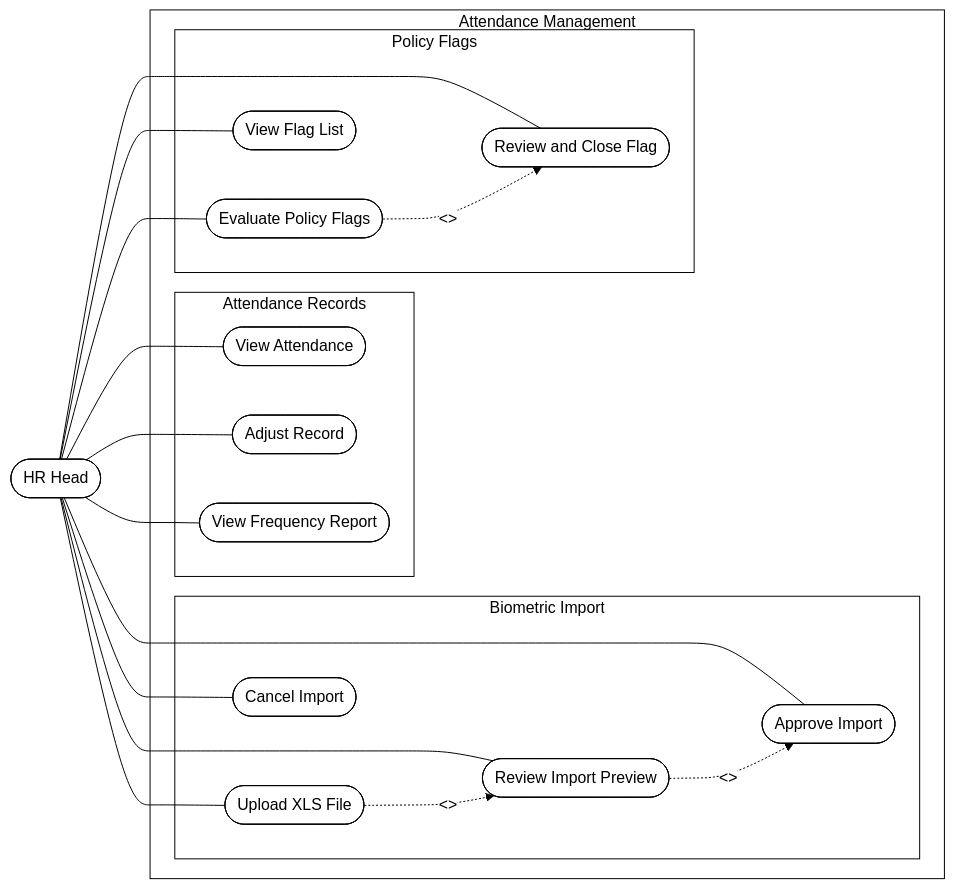
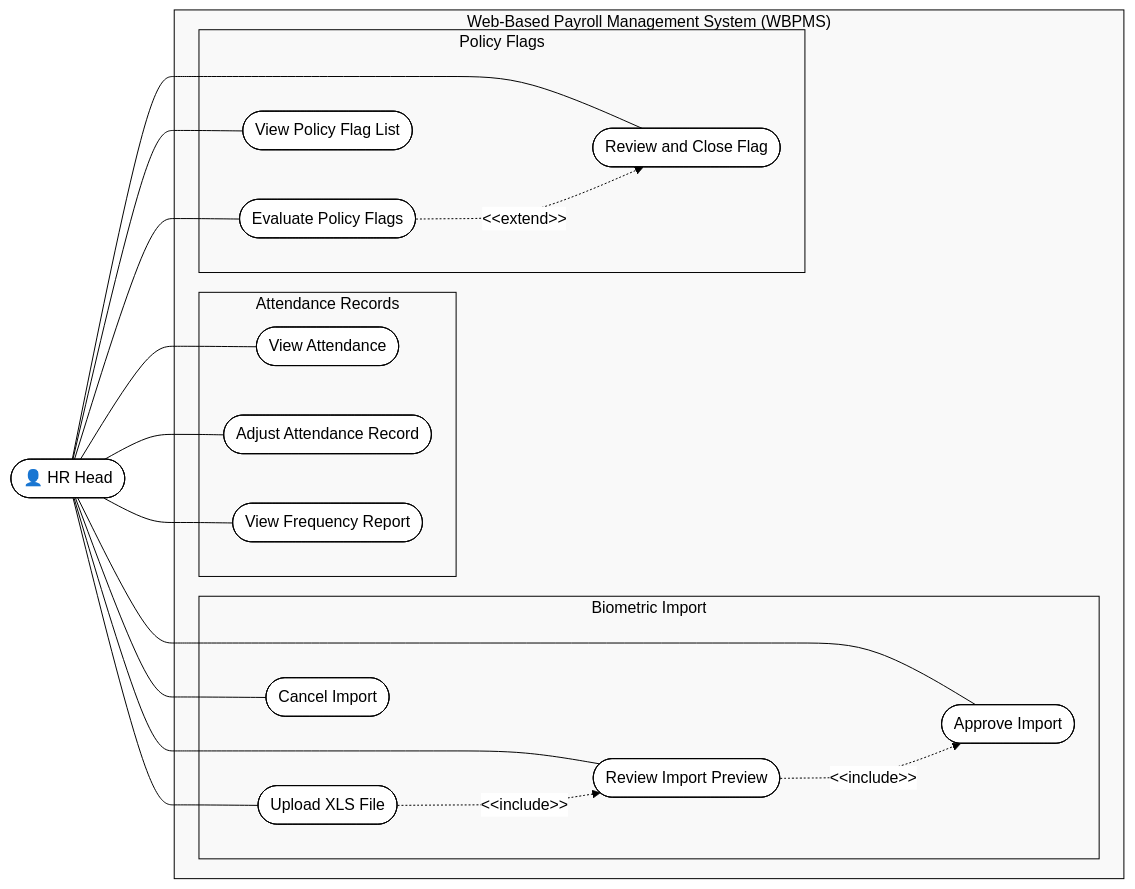
Before and after one commit to romarsares/WBPMS: the diagram in docs/diagrams/v2/uc-03-attendance-management.mmd, drawn with Mermaid. The commit also changed 136 other files, not shown here.

```diff
--- a/docs/diagrams/v2/uc-03-attendance-management.mmd
+++ b/docs/diagrams/v2/uc-03-attendance-management.mmd
@@ -1,30 +1,41 @@
-%%{init: {"theme": "base", "themeVariables": {"primaryColor": "#ffffff", "primaryBorderColor": "#000000", "primaryTextColor": "#000000", "lineColor": "#000000", "background": "#ffffff", "nodeBorder": "#000000", "clusterBkg": "#ffffff", "clusterBorder": "#000000", "edgeLabelBackground": "#ffffff"}}}%%
-flowchart LR
-    HR(["HR Head"])
+%%{init: {"theme": "base", "themeVariables": {"primaryColor": "#ffffff", "primaryBorderColor": "#000000", "primaryTextColor": "#000000", "lineColor": "#000000", "background": "#ffffff", "nodeBorder": "#000000", "clusterBkg": "#f9f9f9", "clusterBorder": "#000000", "edgeLabelBackground": "#ffffff"}}}%%
+graph LR
+    HR(["👤 HR Head"])
 
-    subgraph SYS["Attendance Management"]
+    subgraph SYS["Web-Based Payroll Management System (WBPMS)"]
         subgraph IMP["Biometric Import"]
             UC1(["Upload XLS File"])
             UC2(["Review Import Preview"])
             UC3(["Approve Import"])
             UC4(["Cancel Import"])
         end
         subgraph ATT["Attendance Records"]
             UC5(["View Attendance"])
-            UC6(["Adjust Record"])
+            UC6(["Adjust Attendance Record"])
             UC7(["View Frequency Report"])
         end
         subgraph POL["Policy Flags"]
             UC8(["Evaluate Policy Flags"])
-            UC9(["View Flag List"])
+            UC9(["View Policy Flag List"])
             UC10(["Review and Close Flag"])
         end
     end
 
     HR --- UC1 & UC2 & UC3 & UC4
     HR --- UC5 & UC6 & UC7
     HR --- UC8 & UC9 & UC10
 
-    UC1 -.->|"<<include>>"| UC2
-    UC2 -.->|"<<include>>"| UC3
-    UC8 -.->|"<<extend>>"| UC10
+    UC1 -.->|"&lt;&lt;include&gt;&gt;"| UC2
+    UC2 -.->|"&lt;&lt;include&gt;&gt;"| UC3
+    UC8 -.->|"&lt;&lt;extend&gt;&gt;"| UC10
+
+    style UC1 rx:50,ry:50
+    style UC2 rx:50,ry:50
+    style UC3 rx:50,ry:50
+    style UC4 rx:50,ry:50
+    style UC5 rx:50,ry:50
+    style UC6 rx:50,ry:50
+    style UC7 rx:50,ry:50
+    style UC8 rx:50,ry:50
+    style UC9 rx:50,ry:50
+    style UC10 rx:50,ry:50
```
